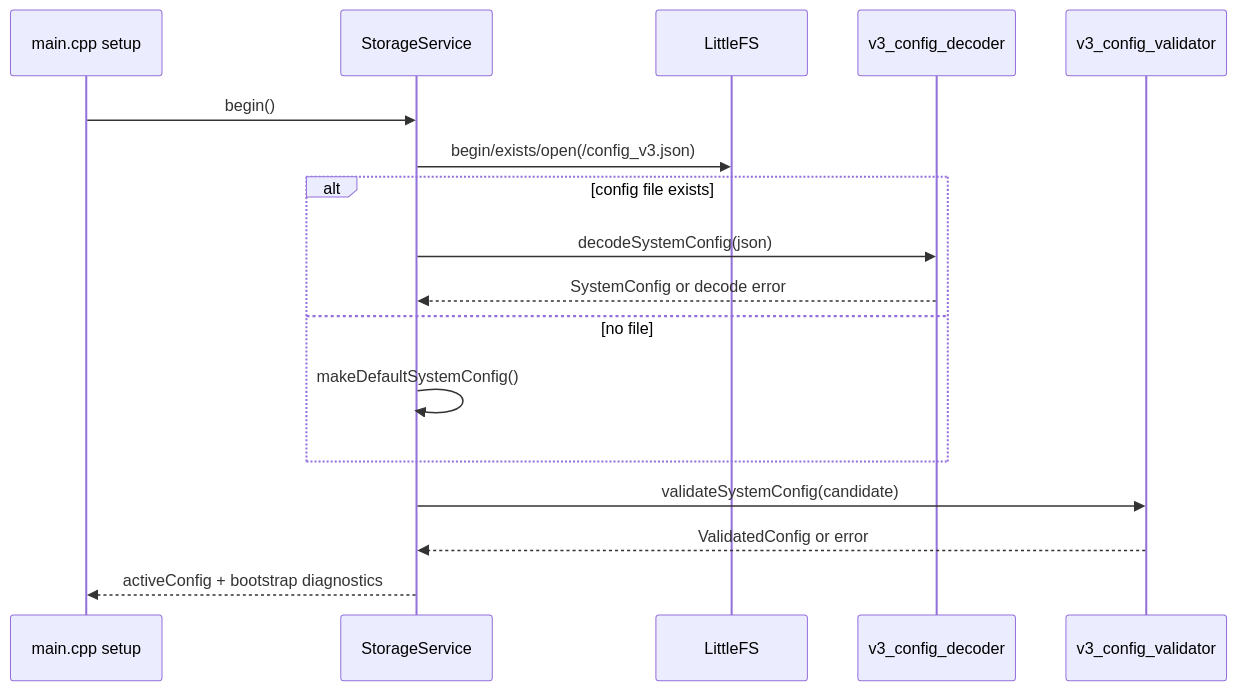
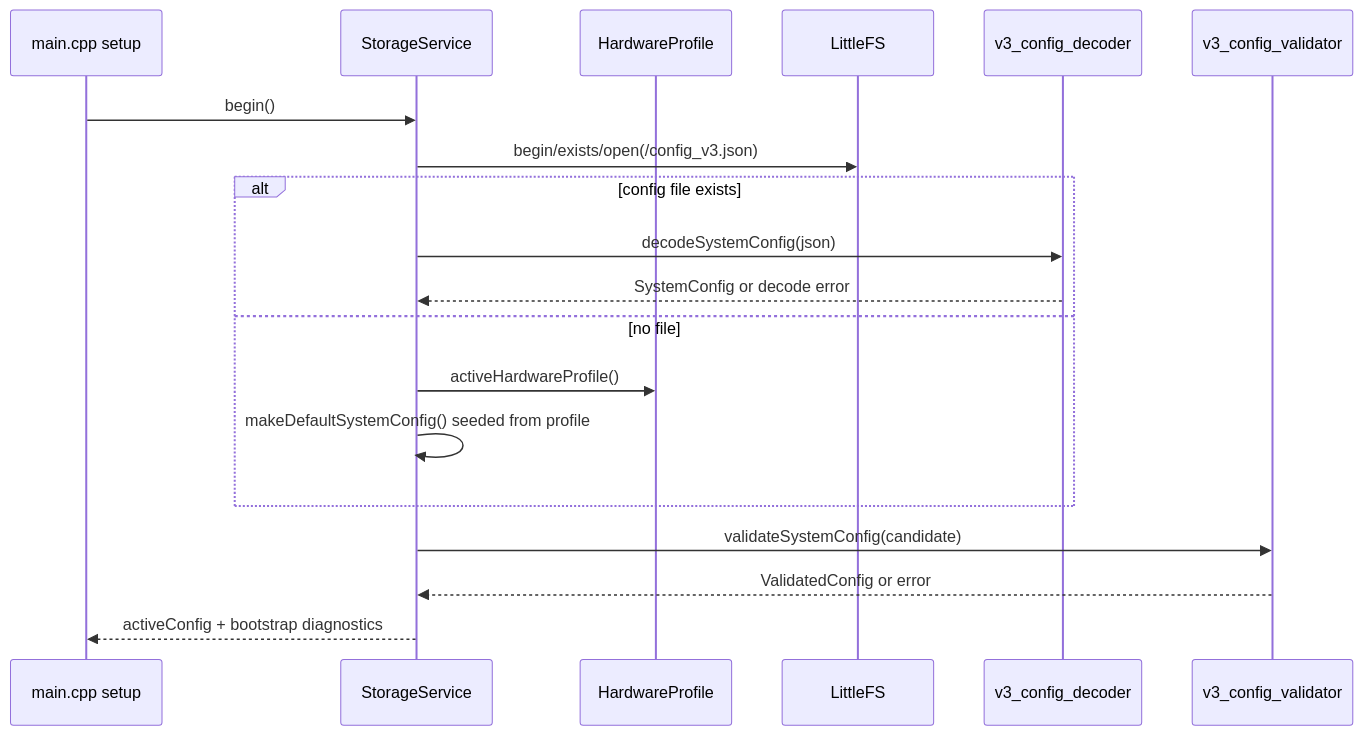
One commit to tamim-factorynext/Advanced-Timer-V3 changed the third of 5 diagrams in docs/ARCHITECTURE.md. Above: the diagram before and after it, drawn with Mermaid. The commit also changed 4 other files, not shown here.

Commit message:
feat: implement first-boot default config to auto-instantiate cards from active hardware profile

````diff
--- a/docs/ARCHITECTURE.md
+++ b/docs/ARCHITECTURE.md
@@ -166,20 +166,22 @@
 ```mermaid
 sequenceDiagram
   participant Main as main.cpp setup
   participant S as StorageService
+  participant HP as HardwareProfile
   participant FS as LittleFS
   participant D as v3_config_decoder
   participant V as v3_config_validator
 
   Main->>S: begin()
   S->>FS: begin/exists/open(/config_v3.json)
   alt config file exists
     S->>D: decodeSystemConfig(json)
     D-->>S: SystemConfig or decode error
   else no file
-    S->>S: makeDefaultSystemConfig()
+    S->>HP: activeHardwareProfile()
+    S->>S: makeDefaultSystemConfig() seeded from profile
   end
   S->>V: validateSystemConfig(candidate)
   V-->>S: ValidatedConfig or error
   S-->>Main: activeConfig + bootstrap diagnostics
 ```
````
